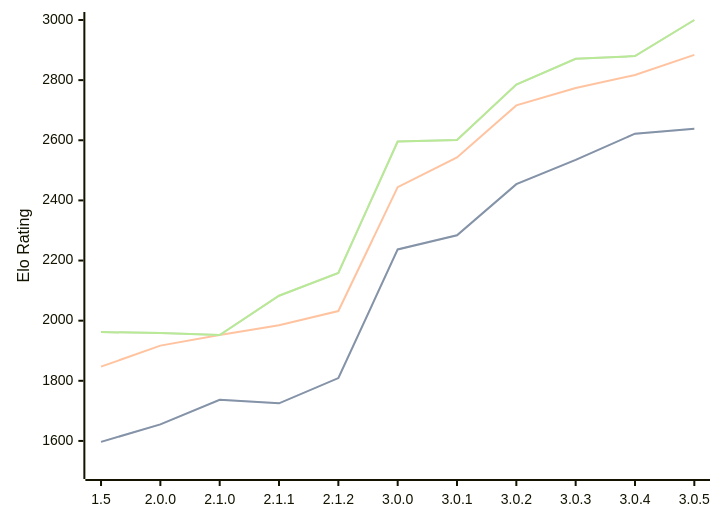
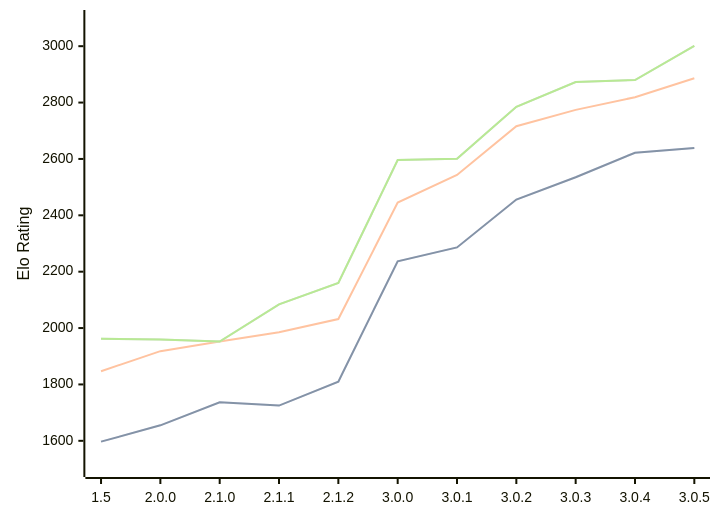
The diagram in engines/Rudim.md (computer-chess-index/cci), drawn with Mermaid before and after one commit. The commit also changed other lines of this file, not shown here.

Commit message:
Update CCI Ratings (ELO VLTC) - 2026-09-06

````diff
--- a/engines/Rudim.md
+++ b/engines/Rudim.md
@@ -45,11 +45,11 @@
 ```mermaid
 %%{init: {"theme":"base","themeVariables":{"seriesColors:['#a3a3a3','#222221','#faa371']}}}%%
 xychart-beta
   x-axis ["1.5", "2.0.0", "2.1.0", "2.1.1", "2.1.2", "3.0.0", "3.0.1", "3.0.2", "3.0.3", "3.0.4", "3.0.5"]
-  y-axis "Elo Rating" 1500 --> 3000
-  line "" [1597, 1655, 1737, 1725, 1809, 2237, 2284, 2454, 2535, 2622, 2638]
-  line "STC (8.0+0.08s)" [1597, 1655, 1737, 1725, 1809, 2237, 2284, 2454, 2535, 2622, 2638]
-  line "LTC (60.0+0.60s)" [1847, 1917, 1952, 1985, 2032, 2444, 2543, 2716, 2774, 2817, 2884]
-  line "" [1962, 1959, 1952, 2083, 2159, 2596, 2601, 2785, 2871, 2880, 3000]
-  line "VLTC (2m24s+1.12s)" [1962, 1959, 1952, 2083, 2159, 2596, 2601, 2785, 2871, 2880, 3000]
+  y-axis "Elo Rating" 1500 --> 3100
+  line "" [1597, 1655, 1737, 1725, 1810, 2237, 2286, 2456, 2535, 2622, 2639]
+  line "STC (8.0+0.08s)" [1597, 1655, 1737, 1725, 1810, 2237, 2286, 2456, 2535, 2622, 2639]
+  line "LTC (60.0+0.60s)" [1847, 1918, 1952, 1985, 2032, 2445, 2543, 2716, 2774, 2819, 2886]
+  line "" [1962, 1959, 1952, 2084, 2160, 2596, 2601, 2785, 2873, 2880, 3001]
+  line "VLTC (2m24s+1.12s)" [1962, 1959, 1952, 2084, 2160, 2596, 2601, 2785, 2873, 2880, 3001]
 ```
````
